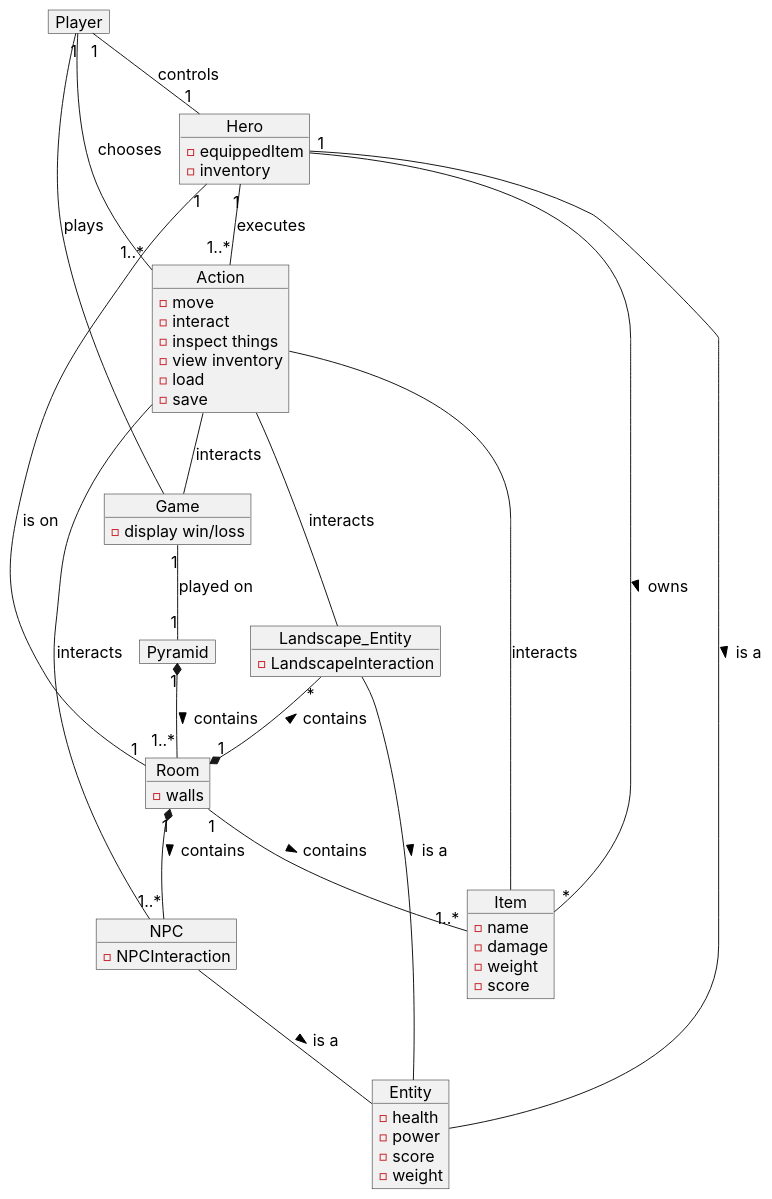
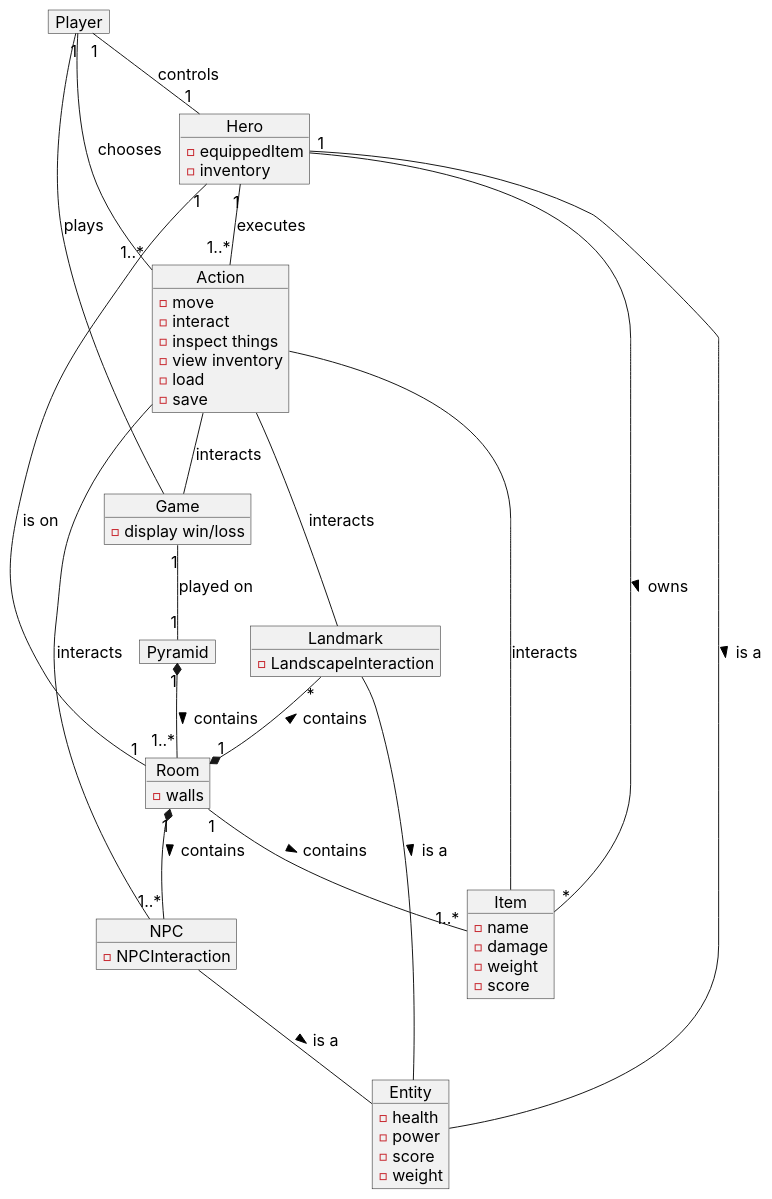
The diagram in plantuml/domain-model.plantuml (MarvinTheMoodLifter/escape-from-Dahshur), drawn with PlantUML before and after one commit.

Commit message:
8/6/2024

```diff
--- a/plantuml/domain-model.plantuml
+++ b/plantuml/domain-model.plantuml
@@ -1,69 +1,69 @@
 @startuml Domain Model
 skinparam DefaultFontName Inter
 skinparam DefaultFontSize 16
 skinparam DefaultFontStyle bold
 skinparam ArrowThickness 1
 hide empty members
 
 object "Hero" as Main_Character {
   - equippedItem
   - inventory
 }
 object Game{
 -display win/loss
 }
 object Player{
 }
-object Landscape_Entity{
+object Landmark{
    -LandscapeInteraction
 }
 object Entity {
   - health
   - power
   - score
   - weight
 }
 object Action{
   -move 
   -interact
   -inspect things
   -view inventory
   -load
   -save
 
 
 }
 object Item {
   - name
   - damage 
   - weight 
   - score
 }
 object NPC {
   -NPCInteraction
 }
 object Pyramid {
 }
 object Room {
    - walls
 }
 Room "1"-- "1..*" Item : contains >
 Pyramid "1"*--"1..*" Room: contains >
 Room "1"*-- "1..*" NPC : contains >
 Game "1"--"1" Pyramid: played on
 Main_Character "1"--"*" Item: owns >
 Entity -- Main_Character: is a <
 NPC -- Entity: is a >
-Landscape_Entity -- Entity: is a >
-Landscape_Entity "*"--*"1" Room: contains <
+Landmark -- Entity: is a >
+Landmark "*"--*"1" Room: contains <
 Main_Character "1" -- "1" Room: is on
 Player "1"--"1" Main_Character: controls
 Player -- Game: plays
 Player "1"--"1..*" Action: chooses
 Main_Character "1"--"1..*" Action: executes
 Action -- Game: interacts
 Action -- NPC: interacts
-Action -- Landscape_Entity: interacts
+Action -- Landmark: interacts
 Action -- Item: interacts
 
 @enduml
```
